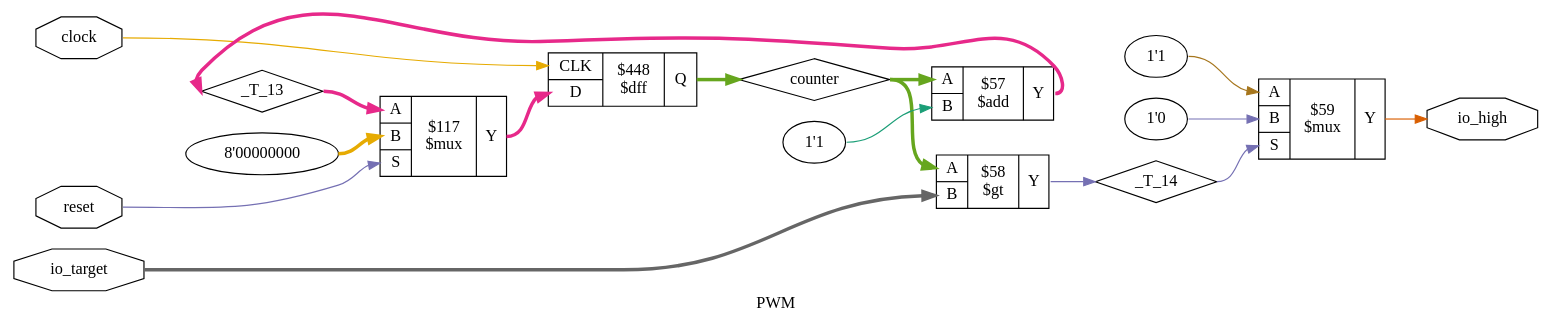
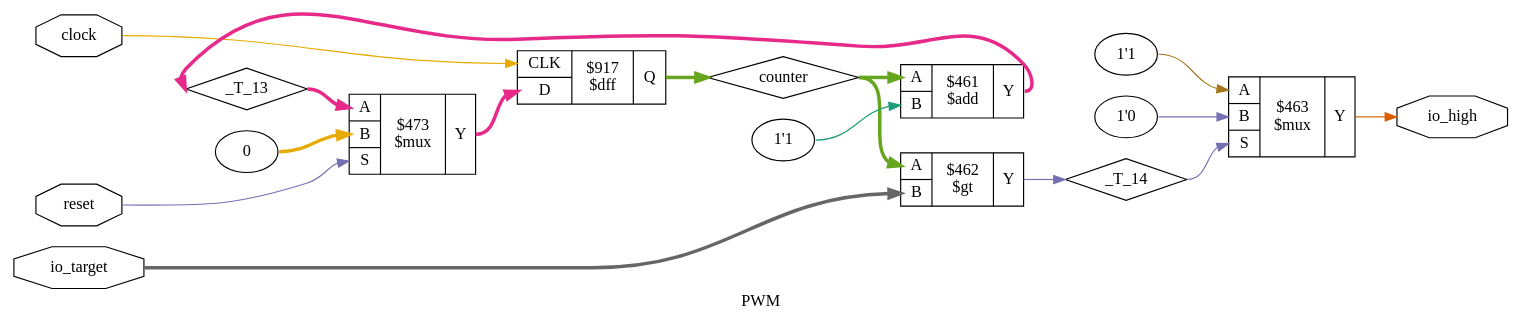
The diagram in graphs/yosys/PWM_opt.dot (TDT4295-2019-groupA/FPGA), drawn with Graphviz before and after one commit. The commit also changed 81 other files, not shown here.

Commit message:
run make graphs

```diff
--- a/graphs/yosys/PWM_opt.dot
+++ b/graphs/yosys/PWM_opt.dot
@@ -1,39 +1,39 @@
 digraph "PWM" {
 label="PWM";
 rankdir="LR";
 remincross=true;
 n2 [ shape=diamond, label="_T_13", color="black", fontcolor="black" ];
 n3 [ shape=diamond, label="_T_14", color="black", fontcolor="black" ];
 n4 [ shape=octagon, label="clock", color="black", fontcolor="black" ];
 n5 [ shape=diamond, label="counter", color="black", fontcolor="black" ];
 n6 [ shape=octagon, label="io_high", color="black", fontcolor="black" ];
 n7 [ shape=octagon, label="io_target", color="black", fontcolor="black" ];
 n8 [ shape=octagon, label="reset", color="black", fontcolor="black" ];
 { rank="source"; n4; n7; n8;}
 { rank="sink"; n6;}
 v0 [ label="1'1" ];
-c12 [ shape=record, label="{{<p9> A|<p10> B}|$57\n$add|{<p11> Y}}" ];
-c13 [ shape=record, label="{{<p9> A|<p10> B}|$58\n$gt|{<p11> Y}}" ];
-c17 [ shape=record, label="{{<p14> CLK|<p15> D}|$448\n$dff|{<p16> Q}}" ];
-v1 [ label="8'00000000" ];
-c19 [ shape=record, label="{{<p9> A|<p10> B|<p18> S}|$117\n$mux|{<p11> Y}}" ];
+c12 [ shape=record, label="{{<p9> A|<p10> B}|$461\n$add|{<p11> Y}}" ];
+c13 [ shape=record, label="{{<p9> A|<p10> B}|$462\n$gt|{<p11> Y}}" ];
+c17 [ shape=record, label="{{<p14> CLK|<p15> D}|$917\n$dff|{<p16> Q}}" ];
+v1 [ label="0" ];
+c19 [ shape=record, label="{{<p9> A|<p10> B|<p18> S}|$473\n$mux|{<p11> Y}}" ];
 v2 [ label="1'1" ];
 v3 [ label="1'0" ];
-c20 [ shape=record, label="{{<p9> A|<p10> B|<p18> S}|$59\n$mux|{<p11> Y}}" ];
+c20 [ shape=record, label="{{<p9> A|<p10> B|<p18> S}|$463\n$mux|{<p11> Y}}" ];
 c19:p11:e -> c17:p15:w [colorscheme="dark28", color="4", fontcolor="4", style="setlinewidth(3)", label=""];
 c12:p11:e -> n2:w [colorscheme="dark28", color="4", fontcolor="4", style="setlinewidth(3)", label=""];
 n2:e -> c19:p9:w [colorscheme="dark28", color="4", fontcolor="4", style="setlinewidth(3)", label=""];
 c13:p11:e -> n3:w [colorscheme="dark28", color="3", fontcolor="3", label=""];
 n3:e -> c20:p18:w [colorscheme="dark28", color="3", fontcolor="3", label=""];
 n4:e -> c17:p14:w [colorscheme="dark28", color="6", fontcolor="6", label=""];
 c17:p16:e -> n5:w [colorscheme="dark28", color="5", fontcolor="5", style="setlinewidth(3)", label=""];
 n5:e -> c12:p9:w [colorscheme="dark28", color="5", fontcolor="5", style="setlinewidth(3)", label=""];
 n5:e -> c13:p9:w [colorscheme="dark28", color="5", fontcolor="5", style="setlinewidth(3)", label=""];
 c20:p11:e -> n6:w [colorscheme="dark28", color="2", fontcolor="2", label=""];
 n7:e -> c13:p10:w [colorscheme="dark28", color="8", fontcolor="8", style="setlinewidth(3)", label=""];
 n8:e -> c19:p18:w [colorscheme="dark28", color="3", fontcolor="3", label=""];
 v0:e -> c12:p10:w [colorscheme="dark28", color="1", fontcolor="1", label=""];
 v1:e -> c19:p10:w [colorscheme="dark28", color="6", fontcolor="6", style="setlinewidth(3)", label=""];
 v2:e -> c20:p9:w [colorscheme="dark28", color="7", fontcolor="7", label=""];
 v3:e -> c20:p10:w [colorscheme="dark28", color="3", fontcolor="3", label=""];
 }
```
